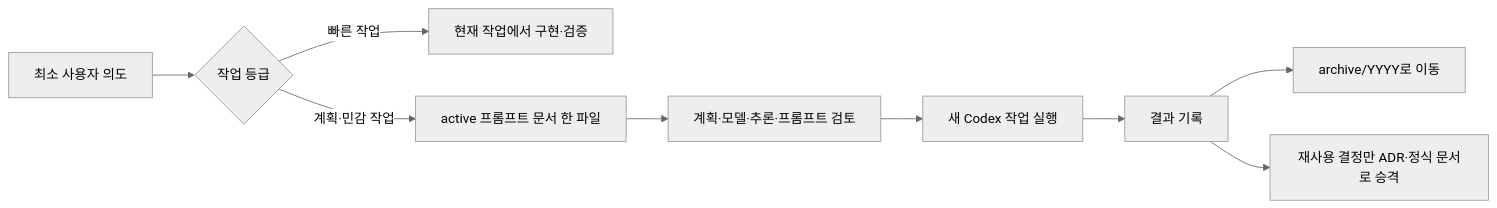
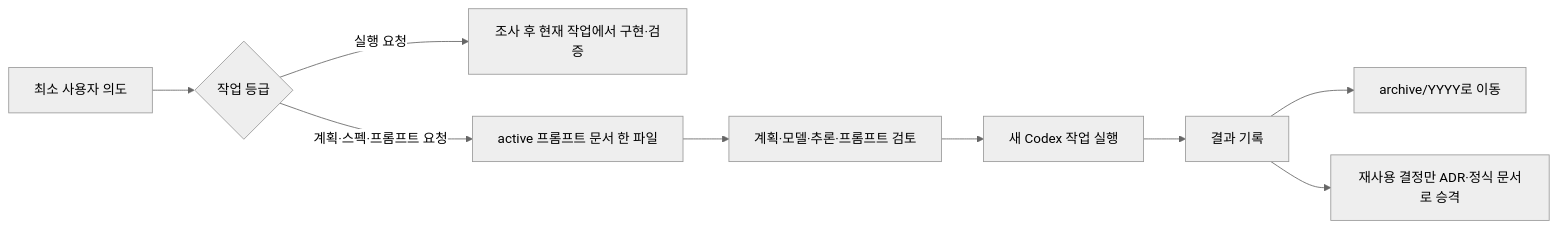
One commit to j-token/j-token-codex-workflow-kit changed the diagram in plugins/codex-workflow/references/prompt-document-management.md. Above: the diagram before and after it, drawn with Mermaid (neutral theme). The commit also changed other lines of this file and 17 other files, not shown here.

Commit message:
feat: 워크플로우 승인 경계 재구성

````diff
--- a/plugins/codex-workflow/references/prompt-document-management.md
+++ b/plugins/codex-workflow/references/prompt-document-management.md
@@ -60,11 +60,11 @@
 ```mermaid
 flowchart LR
     A["최소 사용자 의도"] --> B{"작업 등급"}
-    B -- "빠른 작업" --> C["현재 작업에서 구현·검증"]
-    B -- "계획·민감 작업" --> D["active 프롬프트 문서 한 파일"]
+    B -- "실행 요청" --> C["조사 후 현재 작업에서 구현·검증"]
+    B -- "계획·스펙·프롬프트 요청" --> D["active 프롬프트 문서 한 파일"]
     D --> E["계획·모델·추론·프롬프트 검토"]
     E --> F["새 Codex 작업 실행"]
     F --> G["결과 기록"]
     G --> H["archive/YYYY로 이동"]
     G --> I["재사용 결정만 ADR·정식 문서로 승격"]
 ```
````
